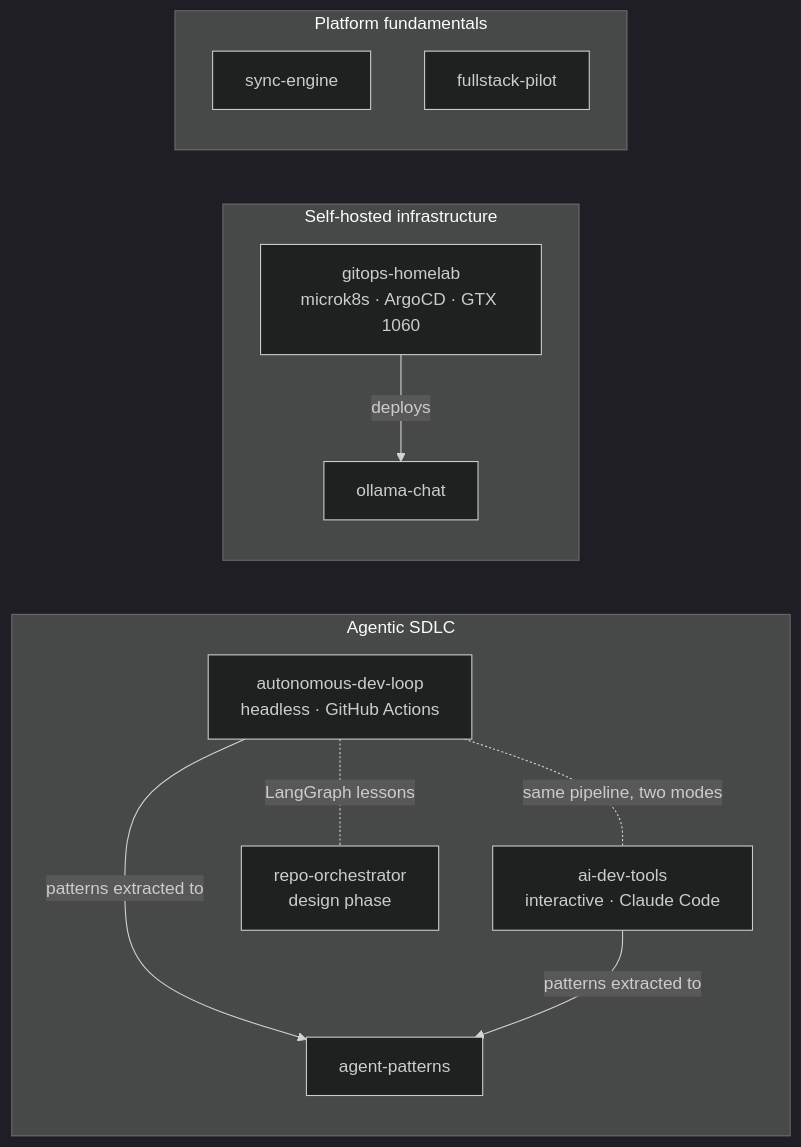
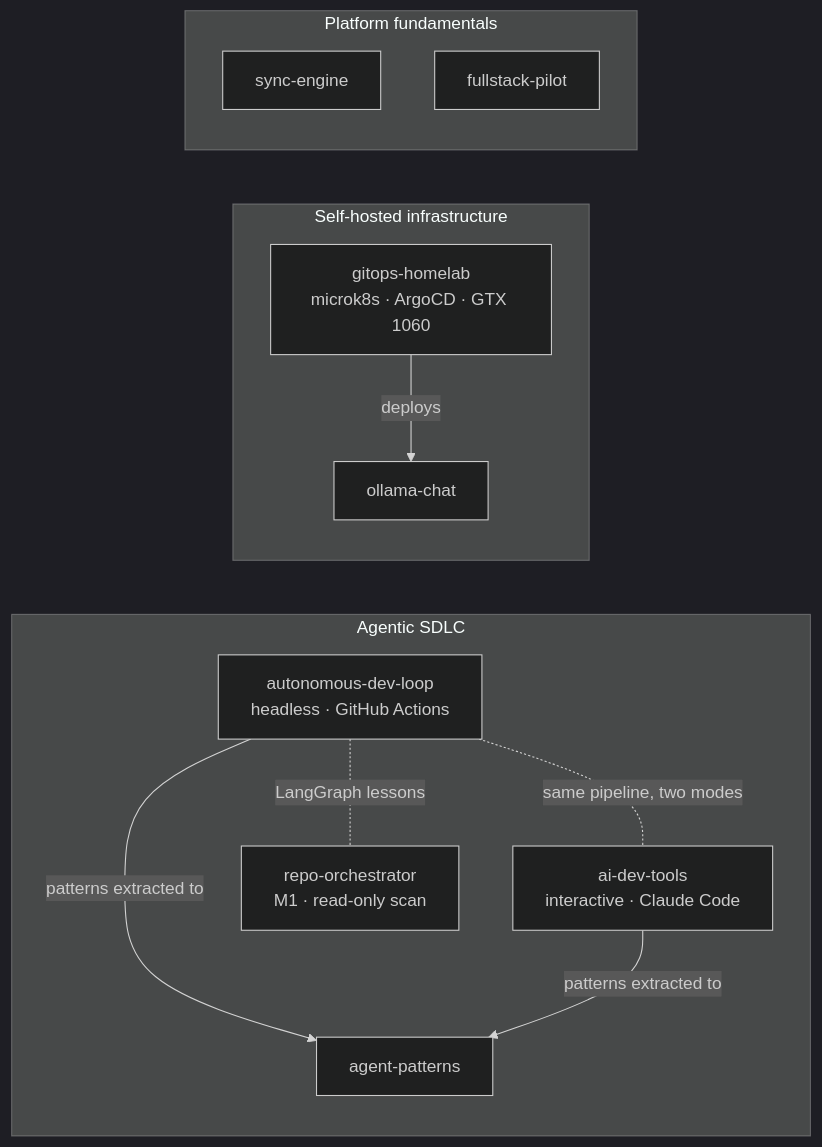
Before and after one commit to koydas/koydas: the diagram in README.md, drawn with Mermaid (dark theme). The commit also changed other lines of this file and 1 other file, not shown here.

Commit message:
Profile: repo-orchestrator is implemented (M1) and has a dashboard (#11)
The README row and the site card still said "design phase, no code yet"
and 10 ADRs; the target README now states M1 implemented and 12 ADRs.
Adds the Dashboard link, as for the two sibling dashboards.

Claude-Session: https://claude.ai/code/session_015iKBJFjnkpB8v8qofnygJp

````diff
--- a/README.md
+++ b/README.md
@@ -30,22 +30,22 @@
 ```mermaid
 flowchart LR
     subgraph sdlc["Agentic SDLC"]
         adl["autonomous-dev-loop<br/>headless · GitHub Actions"]
         adt["ai-dev-tools<br/>interactive · Claude Code"]
         ap["agent-patterns"]
-        ro["repo-orchestrator<br/>design phase"]
+        ro["repo-orchestrator<br/>M1 · read-only scan"]
     end
     subgraph infra["Self-hosted infrastructure"]
         gh["gitops-homelab<br/>microk8s · ArgoCD · GTX 1060"]
         oc["ollama-chat"]
     end
     subgraph fund["Platform fundamentals"]
         se["sync-engine"]
         fp["fullstack-pilot"]
     end
     adl -- "patterns extracted to" --> ap
     adt -- "patterns extracted to" --> ap
     adl -.-|"same pipeline, two modes"| adt
     adl -.-|"LangGraph lessons"| ro
     gh -- "deploys" --> oc
 ```
````
